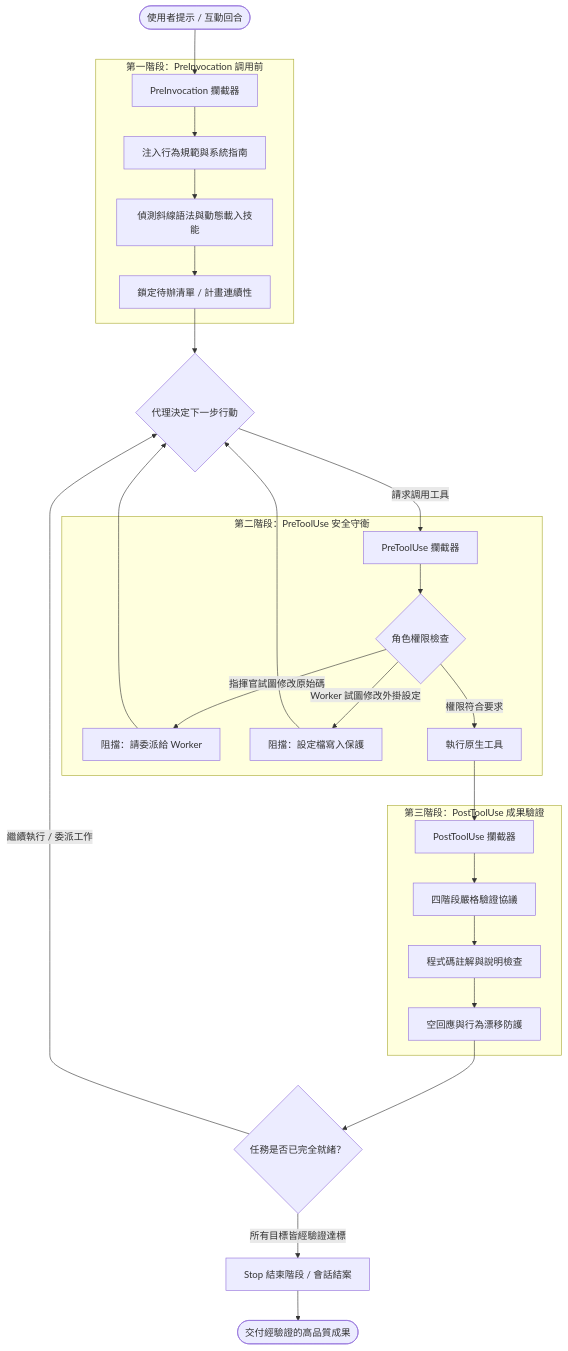
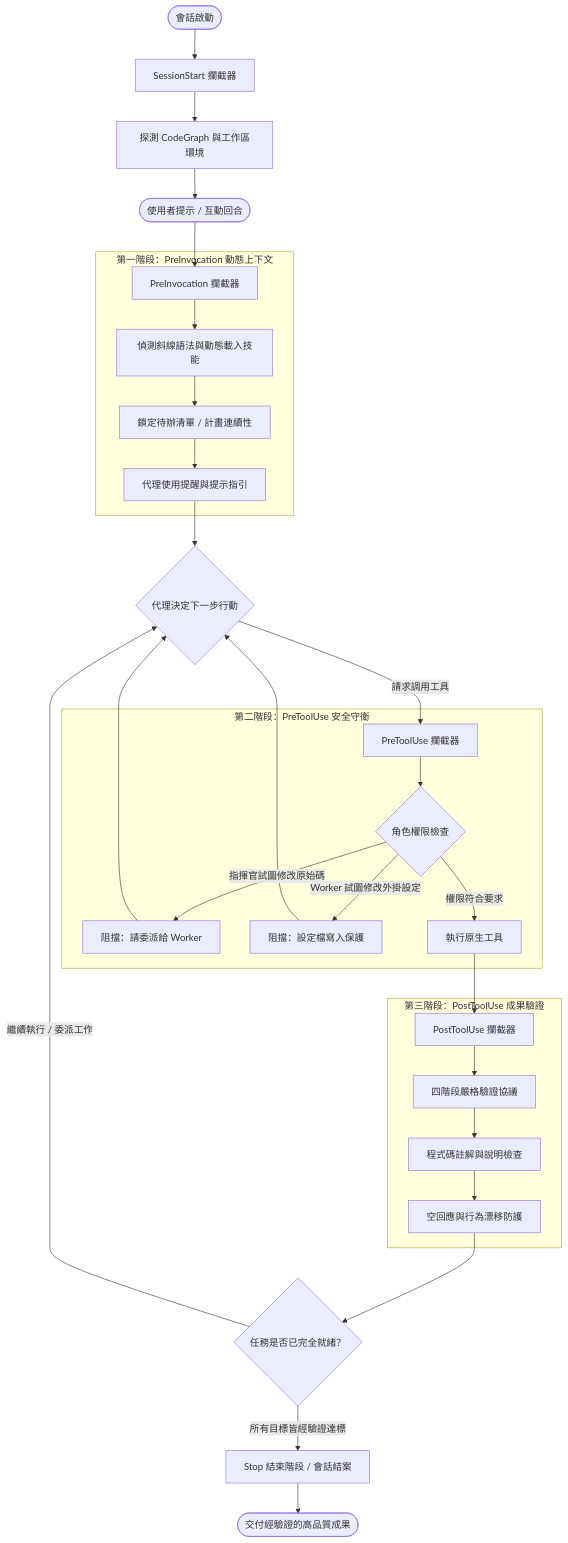
One commit to HengWeiBin/oh-my-antigravity changed the first of 2 diagrams in README.zh-TW.md. Above: the diagram before and after it, drawn with Mermaid. The commit also changed other lines of this file and 3 other files, not shown here.

Commit message:
docs(hooks): update 5-phase lifecycle documentation and skill guide (#12)

````diff
--- a/README.zh-TW.md
+++ b/README.zh-TW.md
@@ -116,37 +119,41 @@
 ```mermaid
 flowchart TD
-    User([使用者提示 / 互動回合]) --> PreInv[PreInvocation 攔截器]
+    SessInit([會話啟動]) --> SessStart[SessionStart 攔截器]
+    SessStart --> DetectEnv[探測 CodeGraph 與工作區環境]
+    DetectEnv --> User([使用者提示 / 互動回合])
     
-    subgraph PreInvPhase [第一階段：PreInvocation 調用前]
-        PreInv --> RuleInj[注入行為規範與系統指南]
-        RuleInj --> SkillMount[偵測斜線語法與動態載入技能]
+    User --> PreInv[PreInvocation 攔截器]
+    
+    subgraph PreInvPhase [第一階段：PreInvocation 動態上下文]
+        PreInv --> SkillMount[偵測斜線語法與動態載入技能]
         SkillMount --> PlanCont[鎖定待辦清單 / 計畫連續性]
+        PlanCont --> UsageRemind[代理使用提醒與提示指引]
     end
     
-    PlanCont --> AgentDecision{代理決定下一步行動}
+    UsageRemind --> AgentDecision{代理決定下一步行動}
     
     AgentDecision -->|請求調用工具| PreTool[PreToolUse 攔截器]
     
     subgraph PreToolPhase [第二階段：PreToolUse 安全守衛]
         PreTool --> RoleCheck{角色權限檢查}
         RoleCheck -->|指揮官試圖修改原始碼| DenyTool[阻擋：請委派給 Worker]
         RoleCheck -->|Worker 試圖修改外掛設定| DenyConfig[阻擋：設定檔寫入保護]
         RoleCheck -->|權限符合要求| ExecTool[執行原生工具]
     end
     
     DenyTool --> AgentDecision
     DenyConfig --> AgentDecision
     
     ExecTool --> PostTool[PostToolUse 攔截器]
     
     subgraph PostToolPhase [第三階段：PostToolUse 成果驗證]
         PostTool --> VerifyCheck[四階段嚴格驗證協議]
         VerifyCheck --> CommentCheck[程式碼註解與說明檢查]
         CommentCheck --> EmptyCheck[空回應與行為漂移防護]
     end
     
     EmptyCheck --> NextAction{任務是否已完全就緒？}
     NextAction -->|繼續執行 / 委派工作| AgentDecision
     NextAction -->|所有目標皆經驗證達標| StopHook[Stop 結束階段 / 會話結案]
     StopHook --> FinalResponse([交付經驗證的高品質成果])
 ```
````
